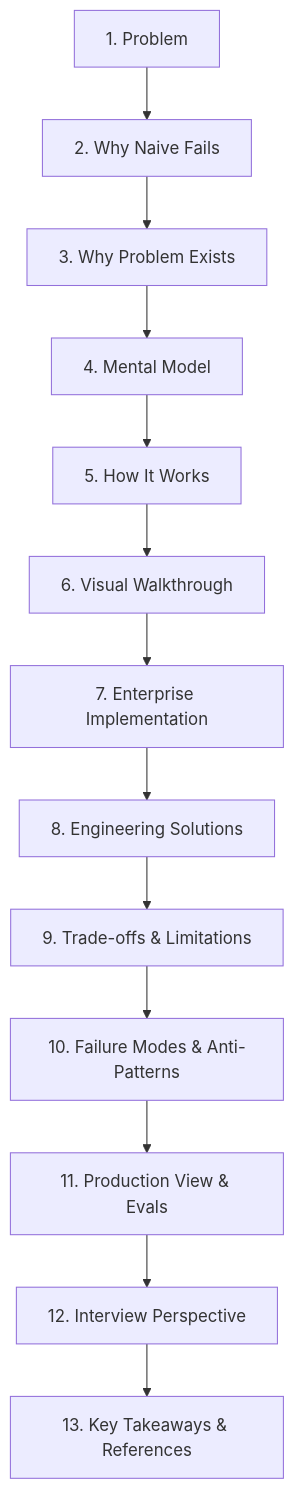
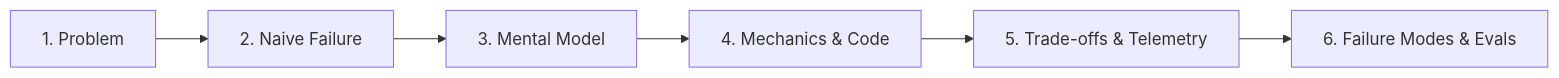
The diagram in .agents/skills/ai-curriculum-refactoring/SKILL.md (dip4k/senior-engineer-to-ai-engineer-roadmap), drawn with Mermaid before and after one commit. The commit also changed other lines of this file and 2 other files, not shown here.

Commit message:
refactor(agents): de-duplicate agent prompt and refactoring skill, establish references as SSOT

````diff
--- a/.agents/skills/ai-curriculum-refactoring/SKILL.md
+++ b/.agents/skills/ai-curriculum-refactoring/SKILL.md
@@ -50,15 +52,8 @@
 ```mermaid
-flowchart TD
-    Prob["1. Problem"] --> Naive["2. Why Naive Fails"]
-    Naive --> WhyExist["3. Why Problem Exists"]
-    WhyExist --> Mental["4. Mental Model"]
-    Mental --> Mech["5. How It Works"]
-    Mech --> Vis["6. Visual Walkthrough"]
-    Vis --> Code["7. Enterprise Implementation"]
-    Code --> Sol["8. Engineering Solutions"]
-    Sol --> Trade["9. Trade-offs & Limitations"]
-    Trade --> Fail["10. Failure Modes & Anti-Patterns"]
-    Fail --> Prod["11. Production View & Evals"]
-    Prod --> Interview["12. Interview Perspective"]
-    Interview --> Summary["13. Key Takeaways & References"]
+flowchart LR
+    Prob["1. Problem"] --> Naive["2. Naive Failure"]
+    Naive --> Mental["3. Mental Model"]
+    Mental --> Mech["4. Mechanics & Code"]
+    Mech --> Trade["5. Trade-offs & Telemetry"]
+    Trade --> Fail["6. Failure Modes & Evals"]
 ```
````
